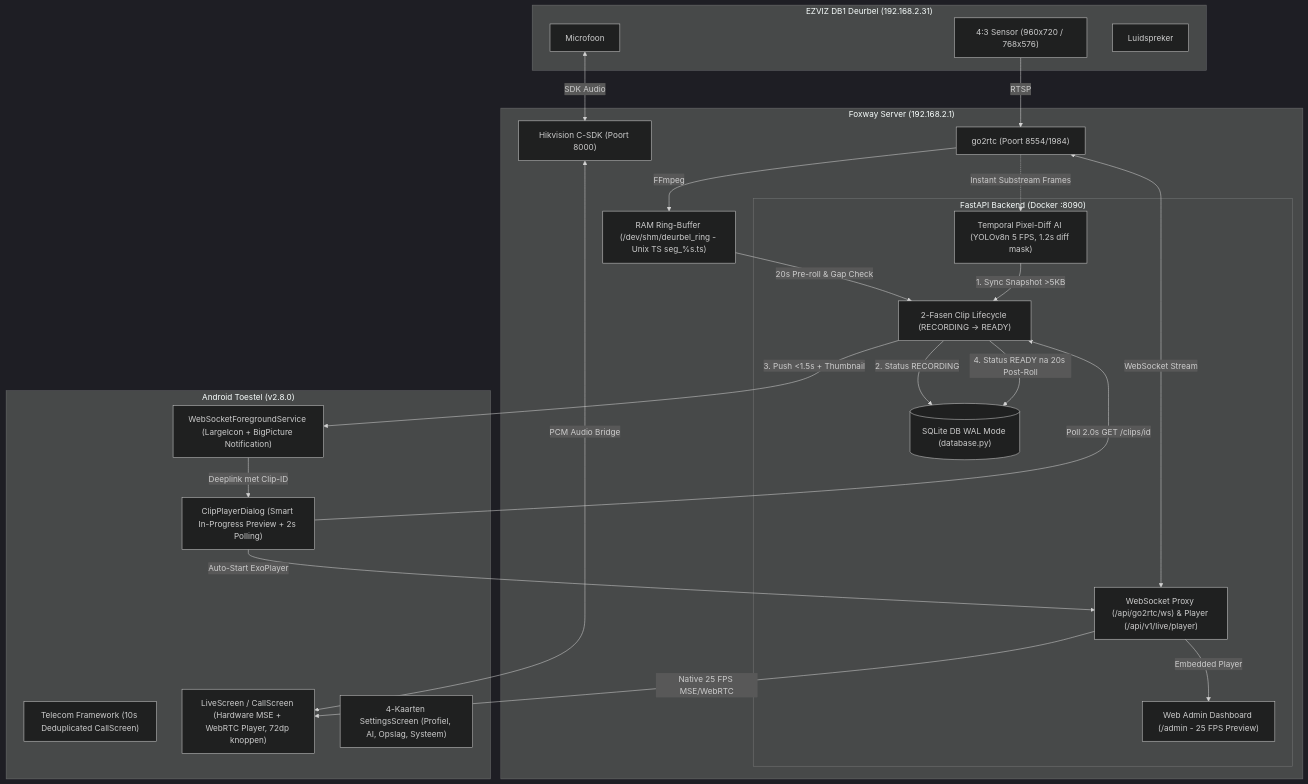
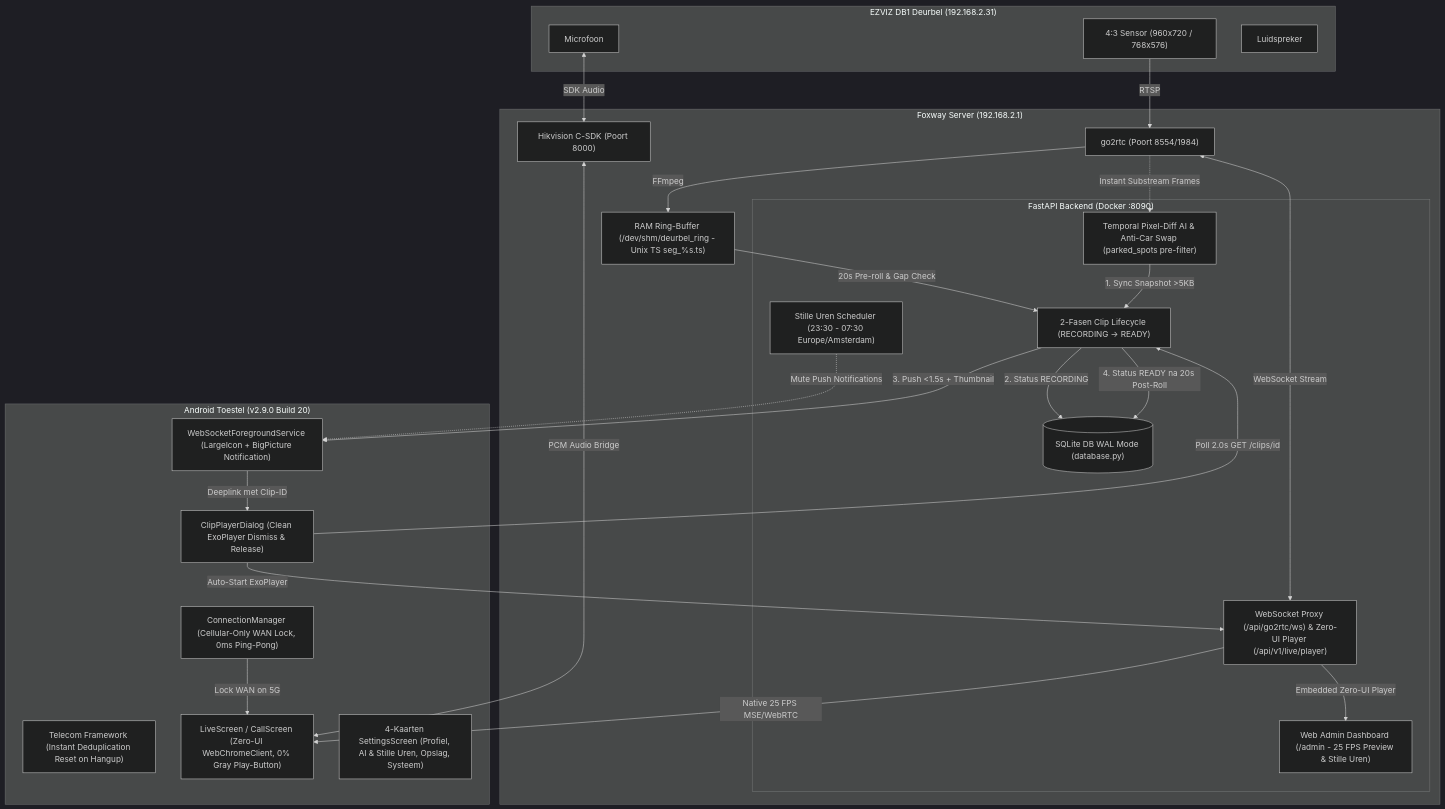
Before and after one commit to foxway-nl/deurbel: the diagram in docs/ARCHITECTURE.md, drawn with Mermaid (dark theme). The commit also changed other lines of this file and 26 other files, not shown here.

Commit message:
feat(release): v2.9.0 - zero-ui live player, uninhibited ring triggers, quiet hours 23:30-07:30 & anti-car-swap filter

````diff
--- a/docs/ARCHITECTURE.md
+++ b/docs/ARCHITECTURE.md
@@ -9,49 +9,53 @@
 ```mermaid
 flowchart TD
     subgraph Camera ["EZVIZ DB1 Deurbel (192.168.2.31)"]
         CamSensor["4:3 Sensor (960x720 / 768x576)"]
         CamMic["Microfoon"]
         CamSpk["Luidspreker"]
     end
 
     subgraph Server ["Foxway Server (192.168.2.1)"]
         RTSP["go2rtc (Poort 8554/1984)"]
         SDK["Hikvision C-SDK (Poort 8000)"]
         RingBuffer["RAM Ring-Buffer (/dev/shm/deurbel_ring - Unix TS seg_%s.ts)"]
         
         subgraph Backend ["FastAPI Backend (Docker :8090)"]
-            WSProxy["WebSocket Proxy (/api/go2rtc/ws) & Player (/api/v1/live/player)"]
-            TemporalAI["Temporal Pixel-Diff AI (YOLOv8n 5 FPS, 1.2s diff mask)"]
+            WSProxy["WebSocket Proxy (/api/go2rtc/ws) & Zero-UI Player (/api/v1/live/player)"]
+            TemporalAI["Temporal Pixel-Diff AI & Anti-Car Swap (parked_spots pre-filter)"]
             Lifecycle["2-Fasen Clip Lifecycle (RECORDING -> READY)"]
-            AdminUI["Web Admin Dashboard (/admin - 25 FPS Preview)"]
+            QuietHours["Stille Uren Scheduler (23:30 - 07:30 Europe/Amsterdam)"]
+            AdminUI["Web Admin Dashboard (/admin - 25 FPS Preview & Stille Uren)"]
             SQLite[("SQLite DB WAL Mode (database.py)")]
         end
     end
 
-    subgraph Client ["Android Toestel (v2.8.0)"]
-        Telecom["Telecom Framework (10s Deduplicated CallScreen)"]
-        LiveView["LiveScreen / CallScreen (Hardware MSE + WebRTC Player, 72dp knoppen)"]
-        ClipPlayer["ClipPlayerDialog (Smart In-Progress Preview + 2s Polling)"]
+    subgraph Client ["Android Toestel (v2.9.0 Build 20)"]
+        Telecom["Telecom Framework (Instant Deduplication Reset on Hangup)"]
+        LiveView["LiveScreen / CallScreen (Zero-UI WebChromeClient, 0% Gray Play-Button)"]
+        ClipPlayer["ClipPlayerDialog (Clean ExoPlayer Dismiss & Release)"]
+        ConnMgr["ConnectionManager (Cellular-Only WAN Lock, 0ms Ping-Pong)"]
         NotifService["WebSocketForegroundService (LargeIcon + BigPicture Notification)"]
-        SettingsUI["4-Kaarten SettingsScreen (Profiel, AI, Opslag, Systeem)"]
+        SettingsUI["4-Kaarten SettingsScreen (Profiel, AI & Stille Uren, Opslag, Systeem)"]
     end
 
     CamSensor -->|RTSP| RTSP
     RTSP -->|FFmpeg| RingBuffer
     RTSP <-->|WebSocket Stream| WSProxy
     WSProxy -->|Native 25 FPS MSE/WebRTC| LiveView
-    WSProxy -->|Embedded Player| AdminUI
+    WSProxy -->|Embedded Zero-UI Player| AdminUI
     RTSP -.->|Instant Substream Frames| TemporalAI
     
     CamMic <-->|SDK Audio| SDK
     SDK <-->|PCM Audio Bridge| LiveView
     
     RingBuffer -->|20s Pre-roll & Gap Check| Lifecycle
     TemporalAI -->|1. Sync Snapshot >5KB| Lifecycle
+    QuietHours -.->|Mute Push Notifications| NotifService
     Lifecycle -->|2. Status RECORDING| SQLite
     Lifecycle -->|3. Push <1.5s + Thumbnail| NotifService
     NotifService -->|Deeplink met Clip-ID| ClipPlayer
     ClipPlayer -->|Poll 2.0s GET /clips/id| Lifecycle
     Lifecycle -->|4. Status READY na 20s Post-Roll| SQLite
     ClipPlayer -->|Auto-Start ExoPlayer| WSProxy
+    ConnMgr -->|Lock WAN on 5G| LiveView
 ```
````
